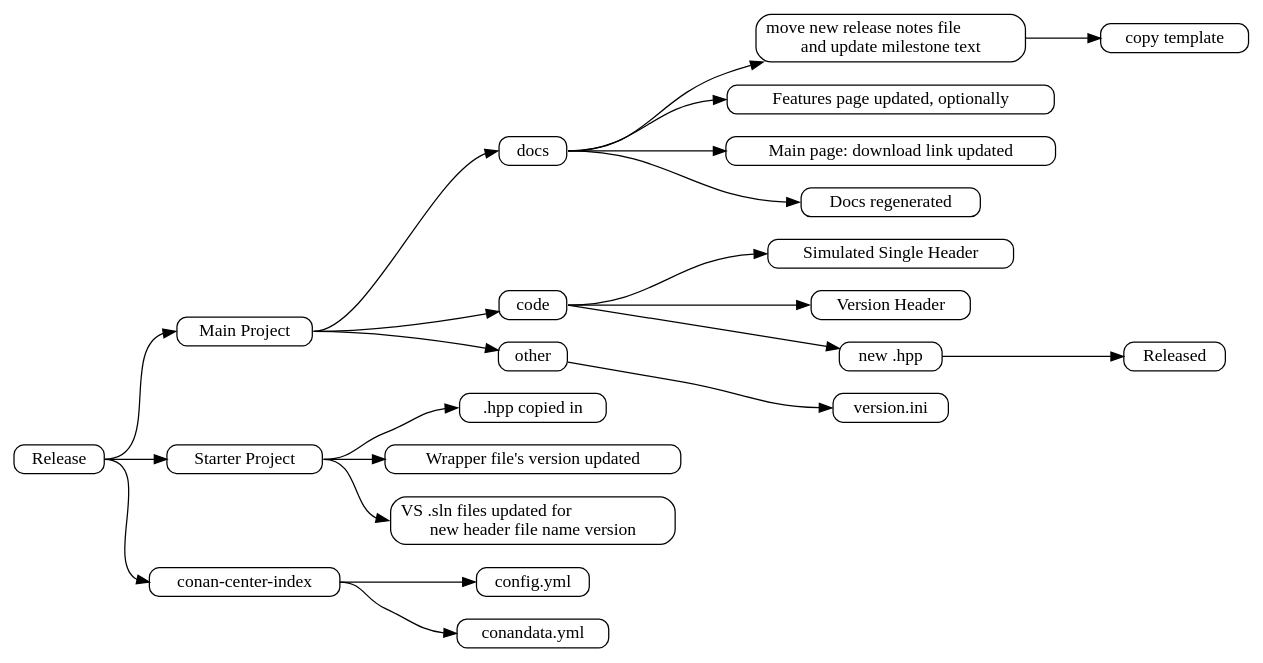
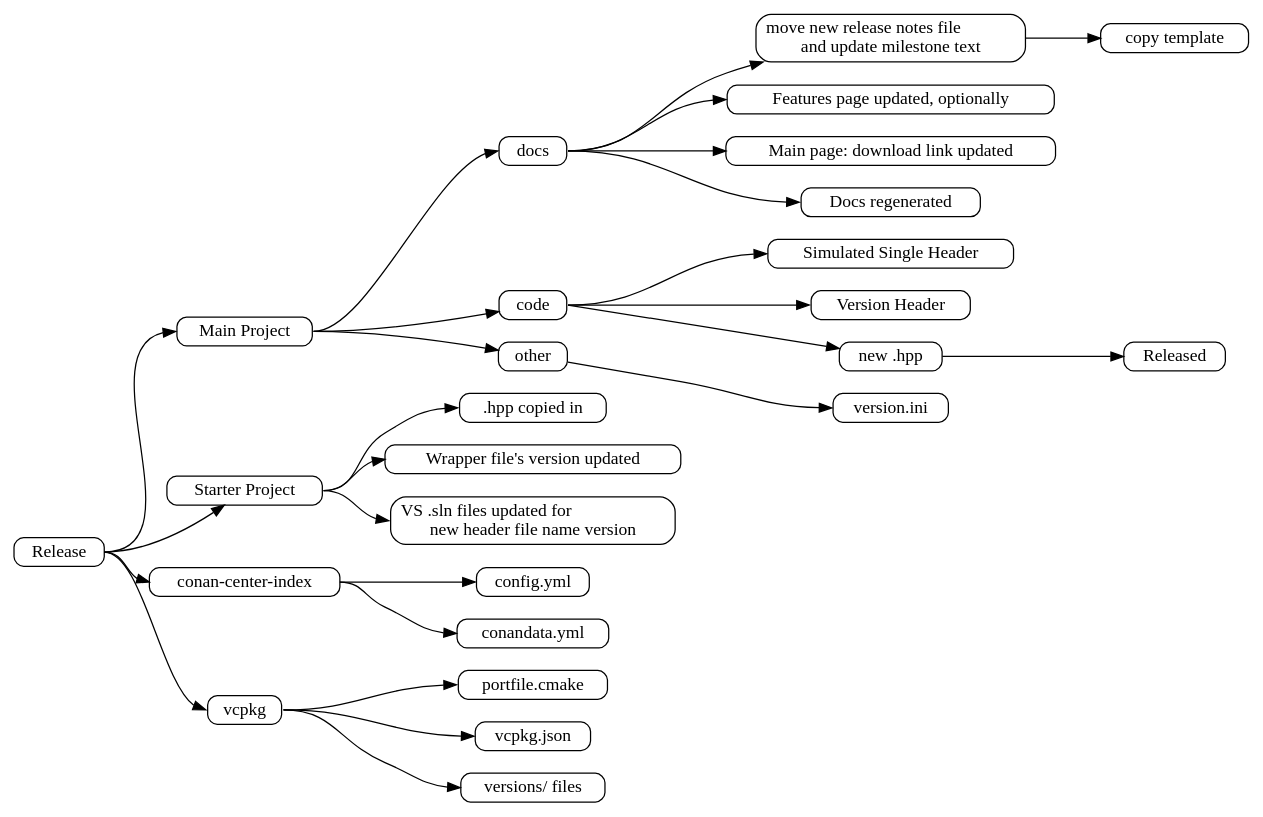
The diagram in doc/images/source/release_files_mindmap.dot (approvals/ApprovalTests.cpp), drawn with Graphviz before and after one commit. The commit also changed 1 other file, not shown here.

Commit message:
d Add vcpkg files to "How To Release" page

```diff
--- a/doc/images/source/release_files_mindmap.dot
+++ b/doc/images/source/release_files_mindmap.dot
@@ -1,33 +1,38 @@
 digraph mdsnippets_flow {
     rankdir = "LR"
     node [fontsize = 14, shape = box, style="rounded", height = 0.25]
     edge [fontsize = 14]
 
     "Release";
     /* 1 */
     "Release": e -> "Main Project": w;
     /* 1.1 */
     "Main Project": e -> "docs": w;
     "docs": e -> "move new release notes file\land update milestone text" -> "copy template";
     "docs": e -> "Features page updated, optionally": w;
     "docs": e -> "Main page: download link updated": w;
     "docs": e -> "Docs regenerated": w;
     /* 1.2 */
     "Main Project": e -> "code";
     "code": e -> "Simulated Single Header": w;
     "code": e -> "Version Header": w;
     "code": e -> "new .hpp" -> "Released";
     /* 1.3 */
     "Main Project": e -> "other" -> "version.ini": w;
     /* 2 */
     "Release": e -> "Starter Project";
     /* 2.1 */
     "Starter Project": e -> ".hpp copied in": w;
     "Starter Project": e -> "Wrapper file's version updated": w;
     "Starter Project": e -> "VS .sln files updated for\lnew header file name version": w;
     /* 3 */
     "Release": e -> "conan-center-index": w;
     /* 3.1 */
     "conan-center-index": e -> "config.yml": w;
     "conan-center-index": e -> "conandata.yml": w;
+    "Release": e -> "vcpkg": w;
+    /* 4.1 */
+    "vcpkg": e -> "portfile.cmake": w;
+    "vcpkg": e -> "vcpkg.json": w;
+    "vcpkg": e -> "versions/ files": w;
 }
```
